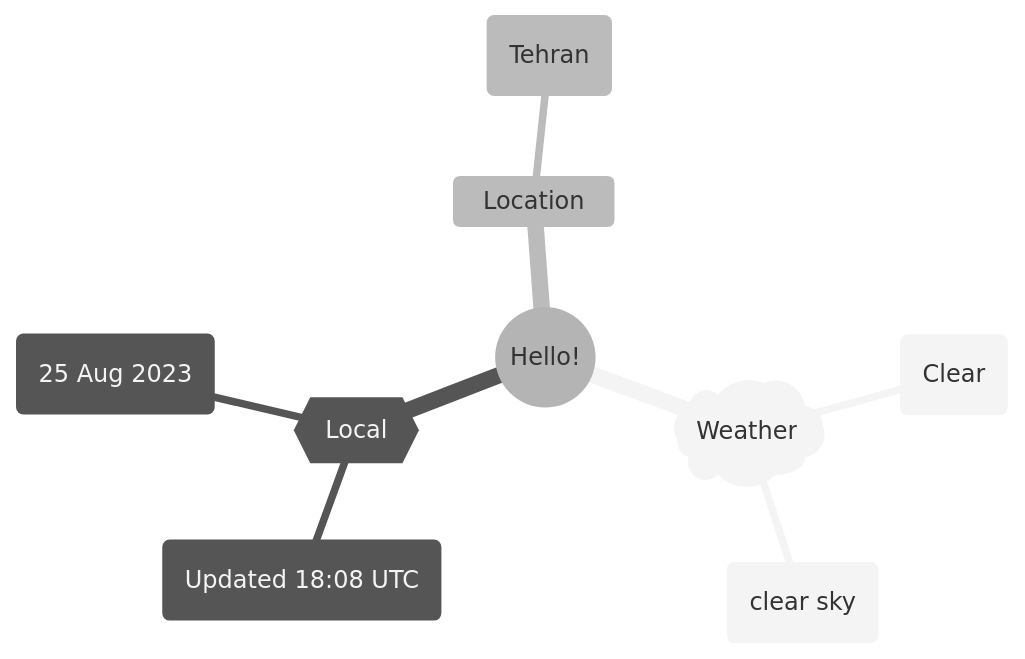
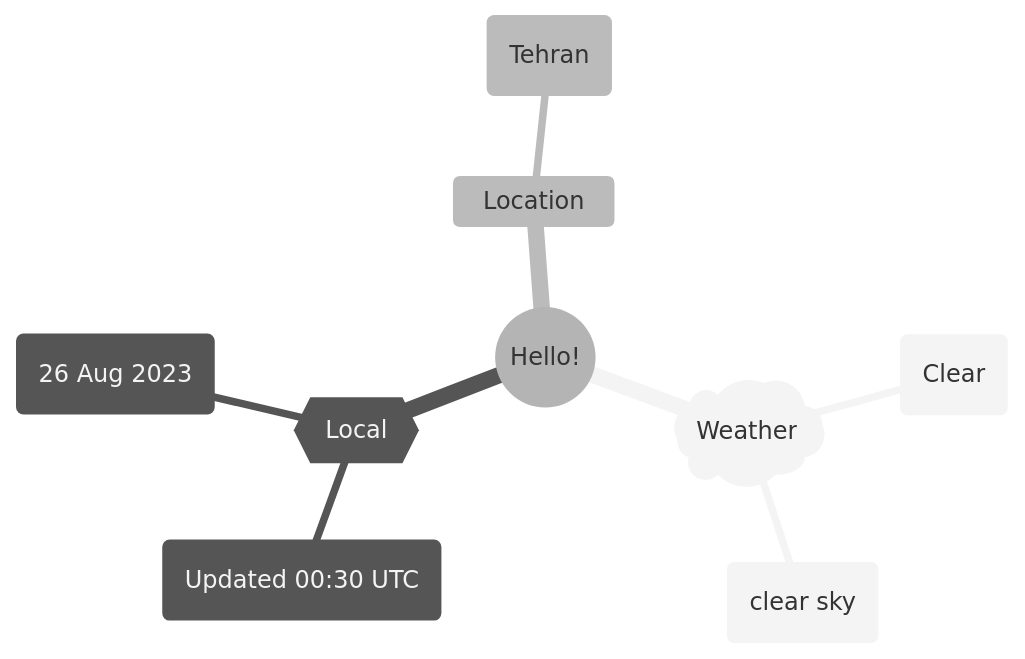
The first of 2 diagrams in README.md (Xosrov/Xosrov), drawn with Mermaid (neutral theme) before and after one commit.

Commit message:
[bot] updated images

````diff
--- a/README.md
+++ b/README.md
@@ -3,12 +3,12 @@
 ```mermaid
 mindmap
   root((Hello!))
     )Weather(
         (Clear)
         (clear sky)
     {{Local}}
-        (Updated 18:08 UTC)
-        (25 Aug 2023)
+        (Updated 00:30 UTC)
+        (26 Aug 2023)
     Location
         (Tehran)
 ```
````
